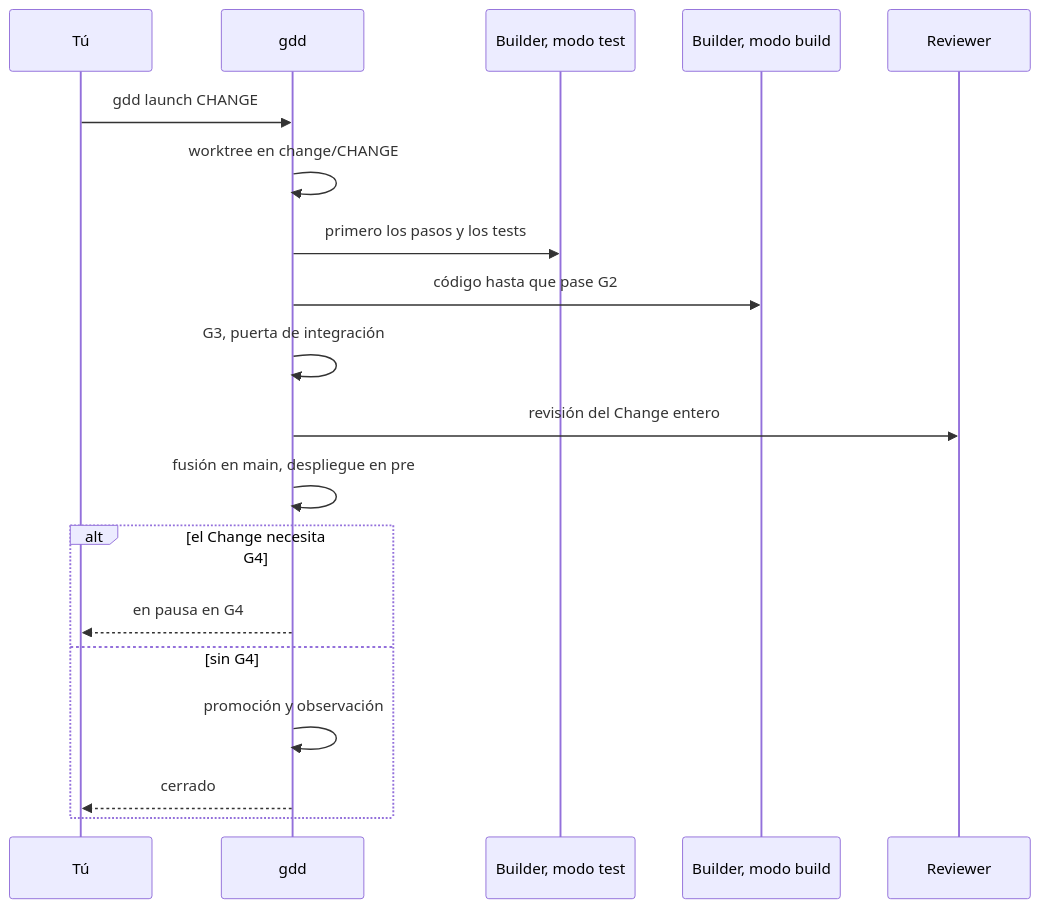
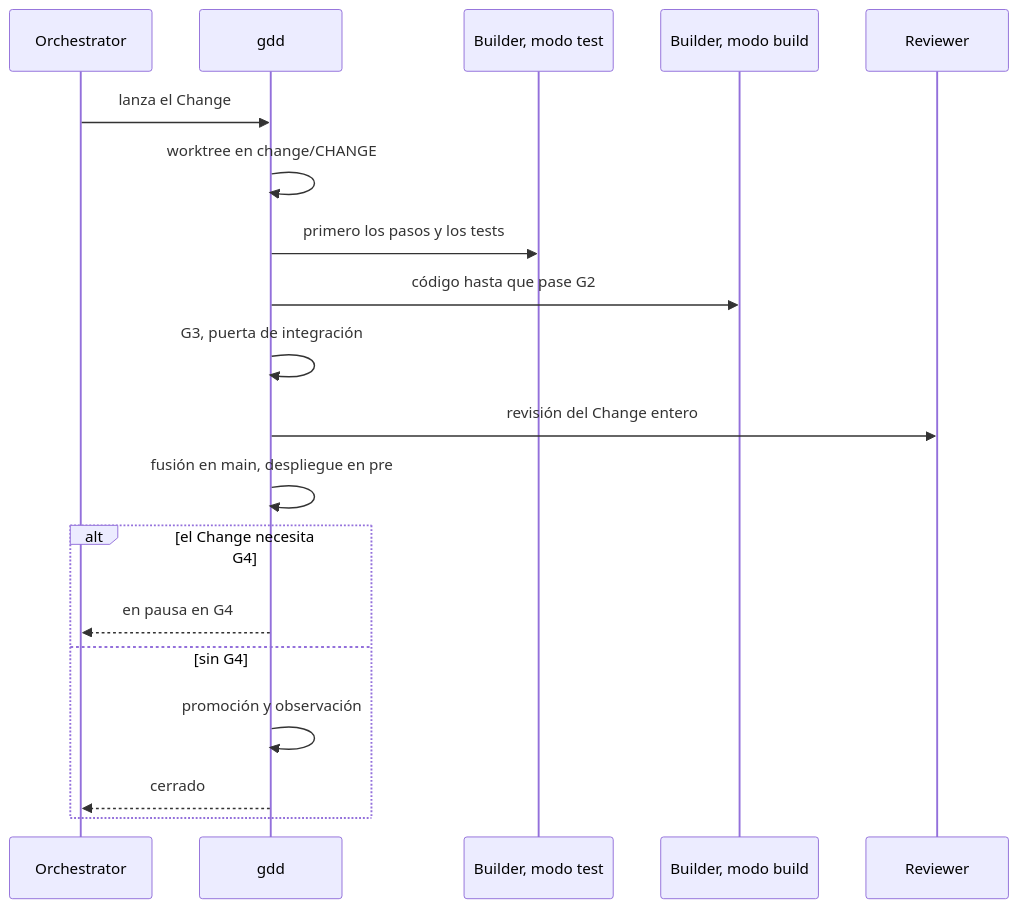
The diagram in docs/es/how-to/run-a-change.md (MarsGotta/gdd), drawn with Mermaid before and after one commit. The commit also changed other lines of this file and 210 other files, not shown here.

````diff
--- a/docs/es/how-to/run-a-change.md
+++ b/docs/es/how-to/run-a-change.md
@@ -179,21 +110,21 @@
 ```mermaid
 sequenceDiagram
-    participant You as Tú
+    participant O as Orchestrator
     participant gdd
     participant Test as Builder, modo test
     participant Build as Builder, modo build
     participant Rev as Reviewer
-    You->>gdd: gdd launch CHANGE
+    O->>gdd: lanza el Change
     gdd->>gdd: worktree en change/CHANGE
     gdd->>Test: primero los pasos y los tests
     gdd->>Build: código hasta que pase G2
     gdd->>gdd: G3, puerta de integración
     gdd->>Rev: revisión del Change entero
     gdd->>gdd: fusión en main, despliegue en pre
     alt el Change necesita G4
-        gdd-->>You: en pausa en G4
+        gdd-->>O: en pausa en G4
     else sin G4
         gdd->>gdd: promoción y observación
-        gdd-->>You: cerrado
+        gdd-->>O: cerrado
     end
 ```
````
